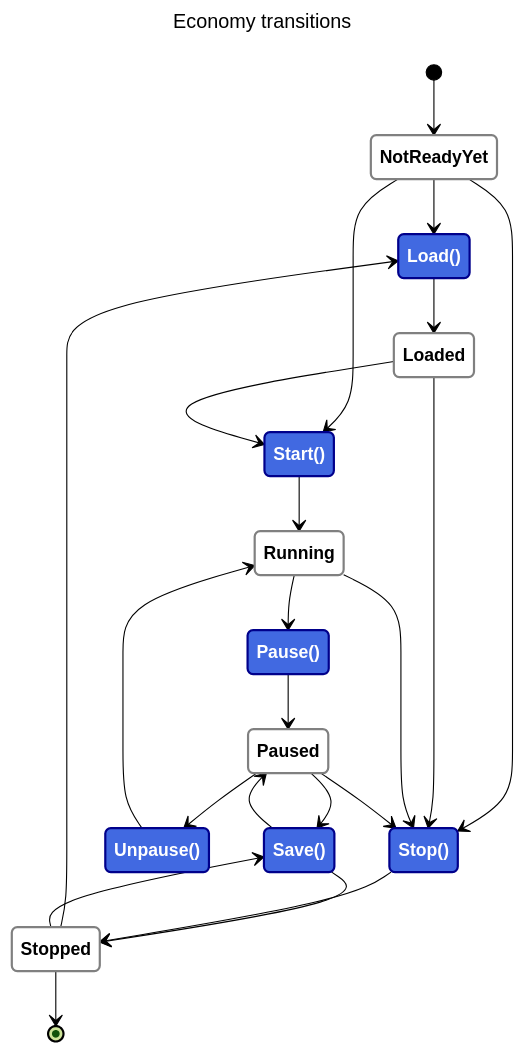
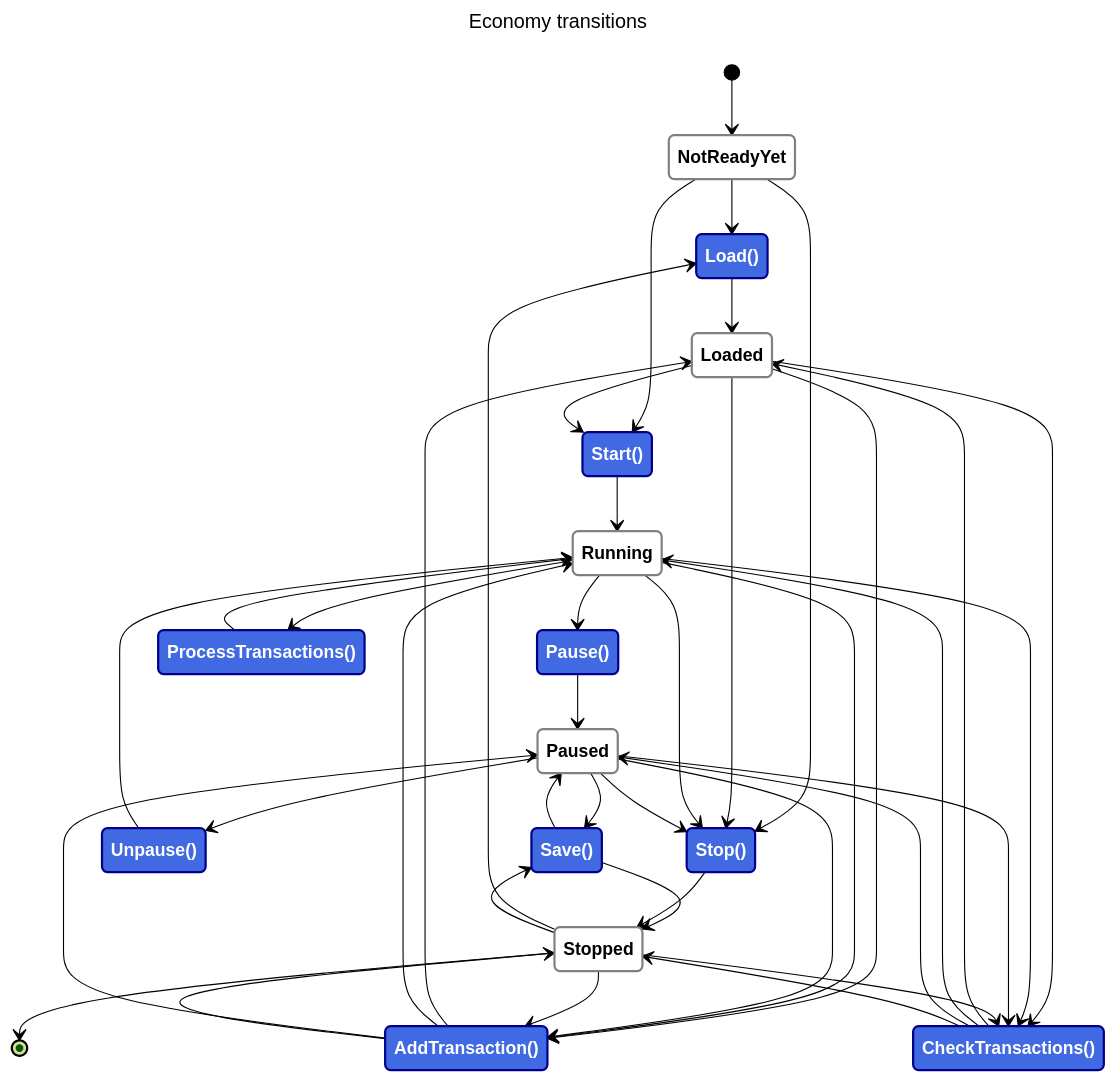
The first of 2 diagrams in development/deust/Economy/FSM.md (ala15v/deust), drawn with Mermaid (forest theme) before and after one commit. The commit also changed 1 other file, not shown here.

Commit message:
feat(Economy): Added transactions events to the FSM

````diff
--- a/development/deust/Economy/FSM.md
+++ b/development/deust/Economy/FSM.md
@@ -1,49 +1,70 @@
 ```mermaid
 ---
 title: Economy transitions
 ---
 stateDiagram-v2
 
 %% Classes %%
 classDef States fill:white,color:black,font-weight:bold,stroke-width:2px,stroke:grey
 classDef Events fill:royalblue,color:white,font-weight:bold,stroke-width:2px,stroke:darkblue
 
 %% States %%
 NotReadyYet: NotReadyYet
 Loaded: Loaded
 Running: Running
 Paused: Paused
 Stopped: Stopped
 
 %% Events %%
 Start: Start()
 Load: Load()
 Pause: Pause()
 Stop: Stop()
 Unpause: Unpause()
 Save: Save()
+AddTransaction: AddTransaction()
+CheckTransactions: CheckTransactions()
+ProcessTransactions: ProcessTransactions()
 
 %% Transitions %%
 [*] --> NotReadyYet:::States
 NotReadyYet --> Load:::Events
 Load --> Loaded:::States
 NotReadyYet --> Start:::Events
 Start --> Running:::States
 Loaded --> Start
 Running --> Pause:::Events
 Pause --> Paused:::States
 Paused --> Unpause:::Events
 Unpause --> Running
 Paused --> Save:::Events
 Save --> Paused
 Save --> Stopped
 Stopped --> Load
 NotReadyYet --> Stop:::Events
 Loaded --> Stop
 Running --> Stop
 Paused --> Stop
 Stop --> Stopped:::States
 Stopped --> Save
+Loaded --> AddTransaction:::Events
+Running --> AddTransaction
+Paused --> AddTransaction
+Stopped --> AddTransaction
+AddTransaction --> Loaded
+AddTransaction --> Running
+AddTransaction --> Paused
+AddTransaction --> Stopped
+Loaded --> CheckTransactions:::Events
+Running --> CheckTransactions
+Paused --> CheckTransactions
+Stopped --> CheckTransactions
+CheckTransactions --> Loaded
+CheckTransactions --> Running
+CheckTransactions --> Paused
+CheckTransactions --> Stopped
+Running --> ProcessTransactions:::Events
+ProcessTransactions --> Running
 Stopped --> [*]
 
 ```
````
